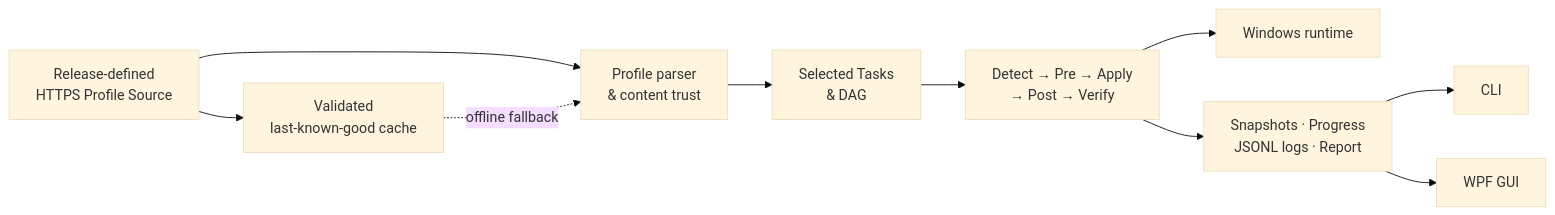
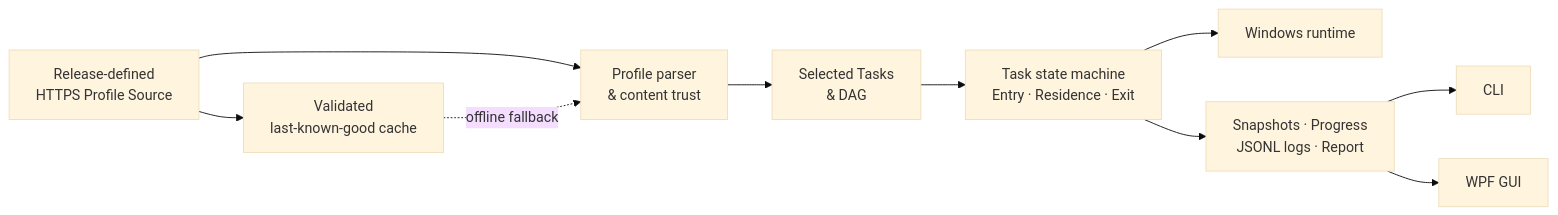
One commit to JasonLiCSHI/WDEM changed the diagram in README.md. Above: the diagram before and after it, drawn with Mermaid (base theme). The commit also changed other lines of this file and 31 other files, not shown here.

````diff
--- a/README.md
+++ b/README.md
@@ -37,12 +37,12 @@
 ```mermaid
 flowchart LR
     S["Release-defined<br/>HTTPS Profile Source"] --> C["Validated<br/>last-known-good cache"]
     S --> P["Profile parser<br/>& content trust"]
     C -. offline fallback .-> P
     P --> G["Selected Tasks<br/>& DAG"]
-    G --> W["Detect → Pre → Apply<br/>→ Post → Verify"]
+    G --> W["Task state machine<br/>Entry · Residence · Exit"]
     W --> R["Windows runtime"]
     W --> O["Snapshots · Progress<br/>JSONL logs · Report"]
     O --> CLI["CLI"]
     O --> GUI["WPF GUI"]
 ```
````
